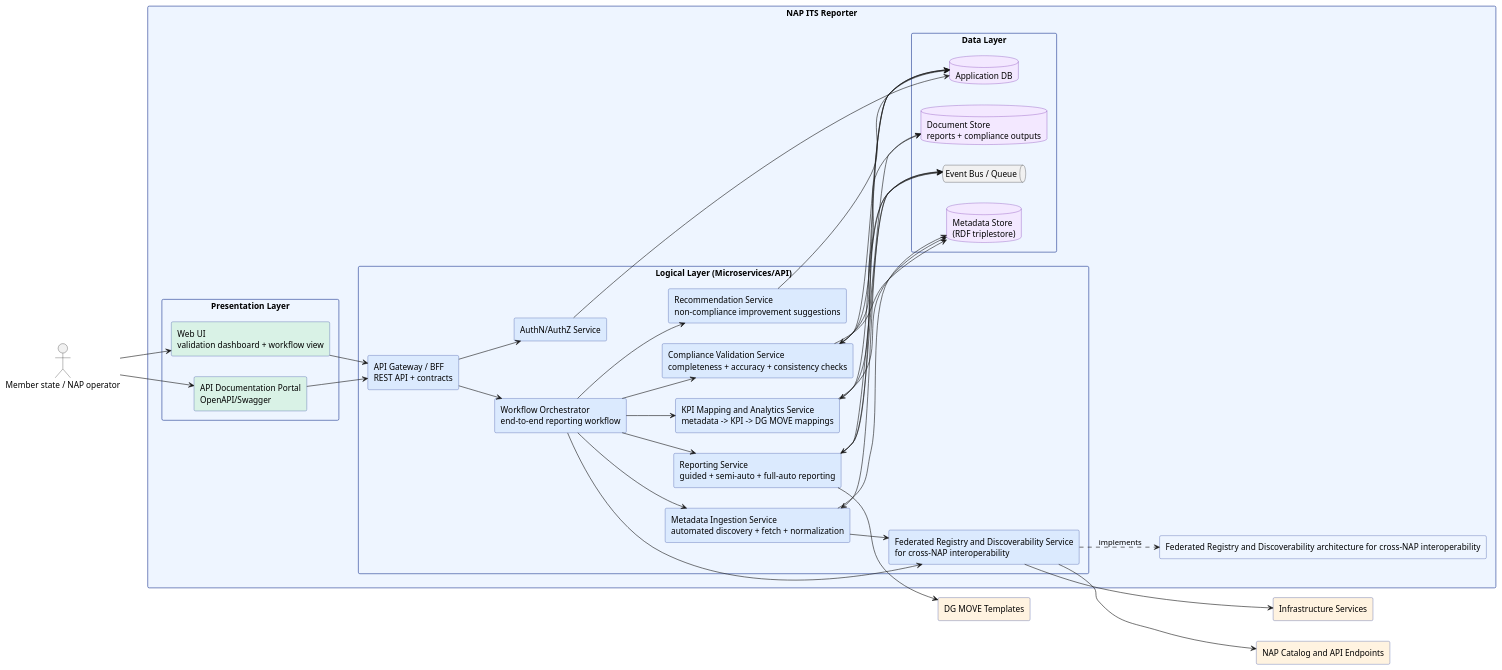
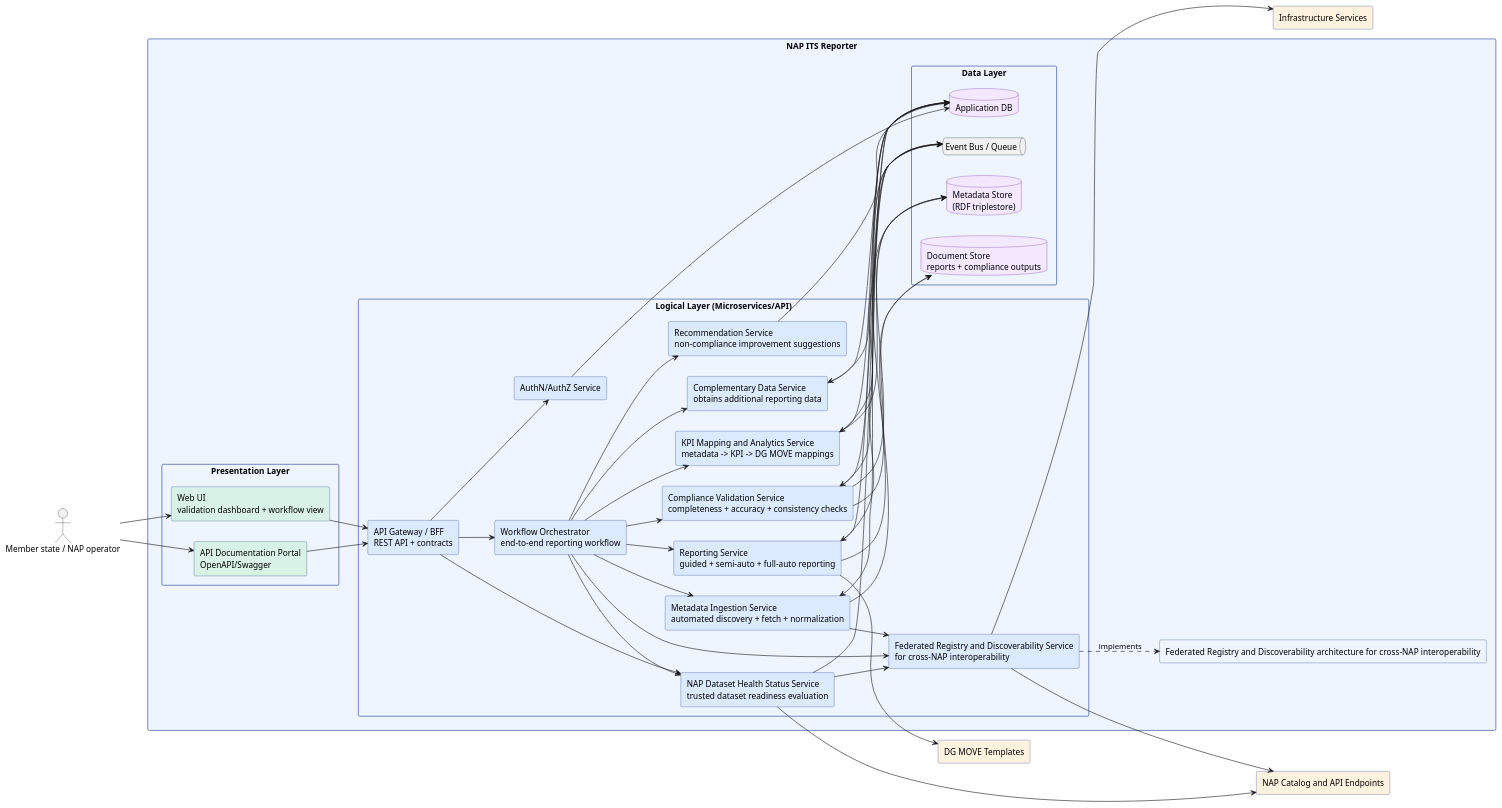
One commit to UM-KGPI/Napcore-ITS-Reporting changed the diagram in docs/architecture/puml/container.puml. Above: the diagram before and after it, drawn with PlantUML. The commit also changed 14 other files, not shown here.

Commit message:
docs: add dataset health level 4 diagrams

```diff
--- a/docs/architecture/puml/container.puml
+++ b/docs/architecture/puml/container.puml
@@ -1,86 +1,95 @@
 @startuml
 ' Container Diagram (Level 2)
 skinparam shadowing false
 skinparam componentStyle rectangle
 skinparam packageStyle rectangle
 left to right direction
 
 skinparam rectangle {
   BackgroundColor #eef5ff
   BorderColor #1f3a93
 }
 skinparam database {
   BackgroundColor #f3e8ff
   BorderColor #6b21a8
 }
 
 actor "Member state / NAP operator" as USER
 
 package "NAP ITS Reporter" {
   rectangle "Federated Registry and Discoverability architecture for cross-NAP interoperability" as PATTERN #eef5ff
 
   package "Presentation Layer" {
     rectangle "Web UI\nvalidation dashboard + workflow view" as UI #d9f2e6
     rectangle "API Documentation Portal\nOpenAPI/Swagger" as APIDOC #d9f2e6
   }
 
-  package "Logical Layer (Microservices/API)" {
+    package "Logical Layer (Microservices/API)" {
     rectangle "API Gateway / BFF\nREST API + contracts" as BFF #dbeafe
     rectangle "Metadata Ingestion Service\nautomated discovery + fetch + normalization" as ING #dbeafe
     rectangle "Federated Registry and Discoverability Service\nfor cross-NAP interoperability" as REGDISC #dbeafe
+    rectangle "NAP Dataset Health Status Service\ntrusted dataset readiness evaluation" as DHS #dbeafe
     rectangle "Compliance Validation Service\ncompleteness + accuracy + consistency checks" as VAL #dbeafe
+    rectangle "Complementary Data Service\nobtains additional reporting data" as COMP #dbeafe
     rectangle "KPI Mapping and Analytics Service\nmetadata -> KPI -> DG MOVE mappings" as KPI #dbeafe
     rectangle "Reporting Service\nguided + semi-auto + full-auto reporting" as REP #dbeafe
     rectangle "Recommendation Service\nnon-compliance improvement suggestions" as REC #dbeafe
     rectangle "Workflow Orchestrator\nend-to-end reporting workflow" as WF #dbeafe
     rectangle "AuthN/AuthZ Service" as IAM #dbeafe
-  }
-
+    }
   package "Data Layer" {
     database "Metadata Store\n(RDF triplestore)" as META
     database "Application DB" as APPDB
     database "Document Store\nreports + compliance outputs" as DOCS
     queue "Event Bus / Queue" as MQ
   }
 }
 
 rectangle "NAP Catalog and API Endpoints" as NAP #fff3e0
 rectangle "Infrastructure Services" as INFRA #fff3e0
 rectangle "DG MOVE Templates" as DGT #fff3e0
 
 USER --> UI
 UI --> BFF
 USER --> APIDOC
 APIDOC --> BFF
 BFF --> IAM
 BFF --> WF
+BFF --> DHS
 
 WF --> ING
 WF --> REGDISC
+WF --> DHS
 WF --> VAL
+WF --> COMP
 WF --> KPI
 WF --> REP
 WF --> REC
 
 ING --> REGDISC
 REGDISC ..> PATTERN : implements
 REGDISC --> NAP
 REGDISC --> INFRA
+DHS --> REGDISC
+DHS --> NAP
+DHS --> APPDB
 ING --> META
 VAL --> META
 VAL --> APPDB
 VAL --> DOCS
+COMP --> APPDB
 KPI --> META
 KPI --> APPDB
 REP --> DGT
 REP --> DOCS
 REP --> APPDB
 REC --> APPDB
 
 ING <--> MQ
 VAL <--> MQ
 KPI <--> MQ
+COMP <--> MQ
 REP <--> MQ
 
 IAM --> APPDB
 @enduml
```
